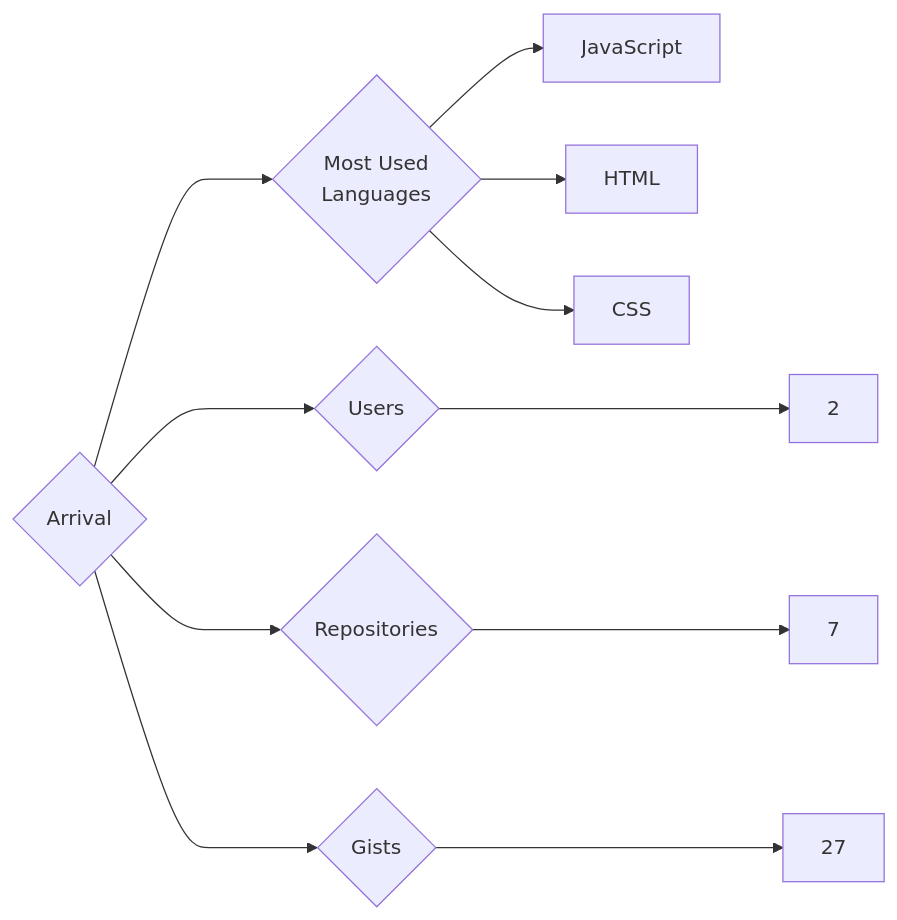
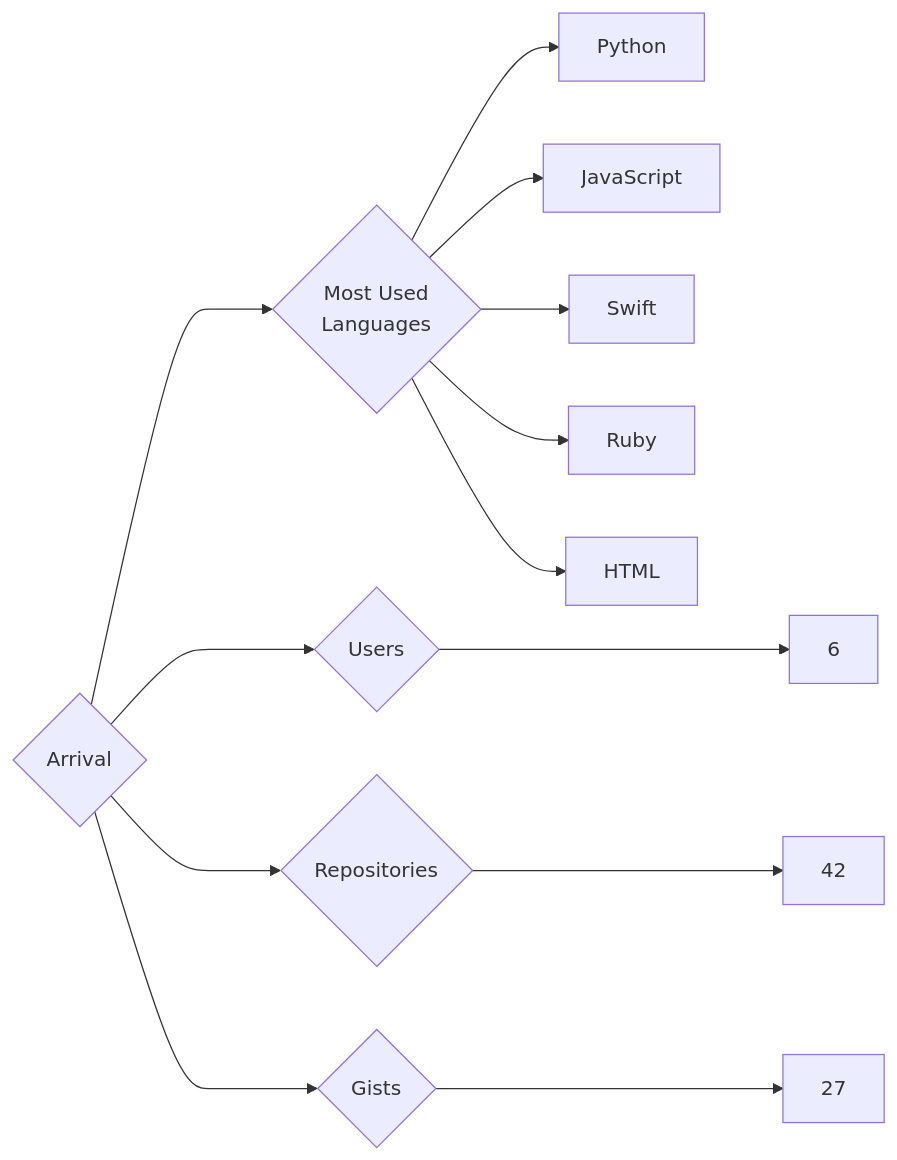
One commit to trickest/insiders changed the diagram in targets/Arrival/README.md. Above: the diagram before and after it, drawn with Mermaid. The commit also changed 1170 other files, not shown here.

````diff
--- a/targets/Arrival/README.md
+++ b/targets/Arrival/README.md
@@ -3,11 +3,13 @@
 ```mermaid
 graph LR
 COMPANY_NAME{Arrival}
-COMPANY_NAME ---> U{Users} ---> UN[2]
-COMPANY_NAME ---> R{Repositories} ---> RN[7]
+COMPANY_NAME ---> U{Users} ---> UN[6]
+COMPANY_NAME ---> R{Repositories} ---> RN[42]
 COMPANY_NAME ---> G{Gists} ---> GN[27]
 COMPANY_NAME ---> ML{Most Used<br>Languages}
+ML --> Python[Python]
 ML --> JavaScript[JavaScript]
+ML --> Swift[Swift]
+ML --> Ruby[Ruby]
 ML --> HTML[HTML]
-ML --> CSS[CSS]
 ```
````
